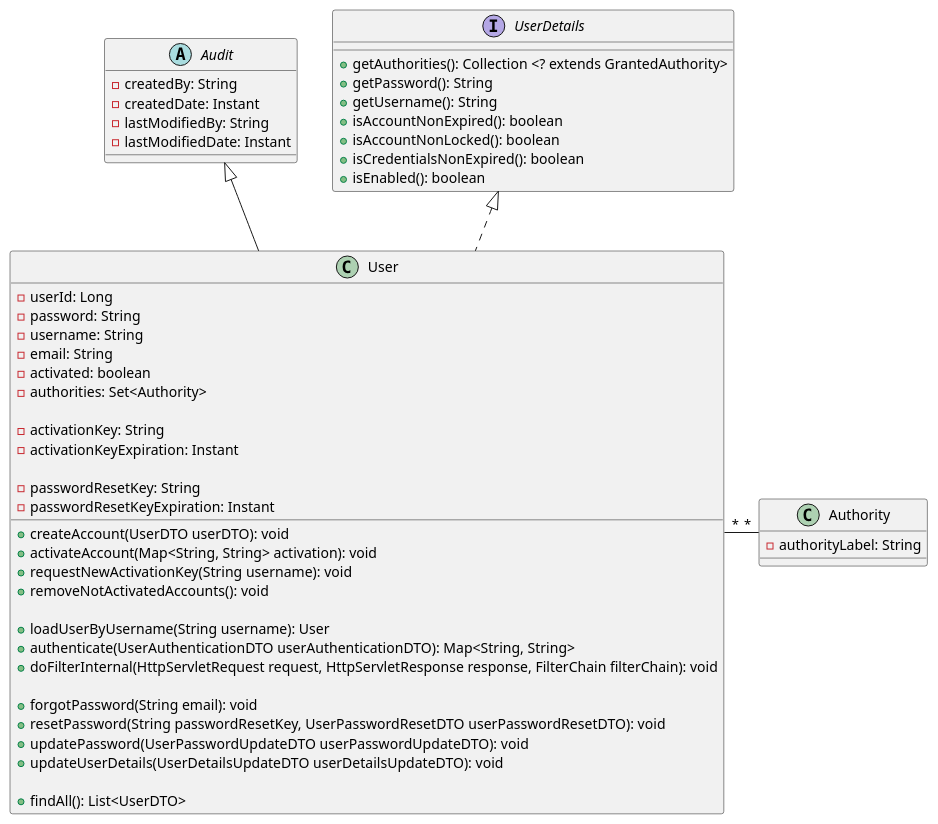
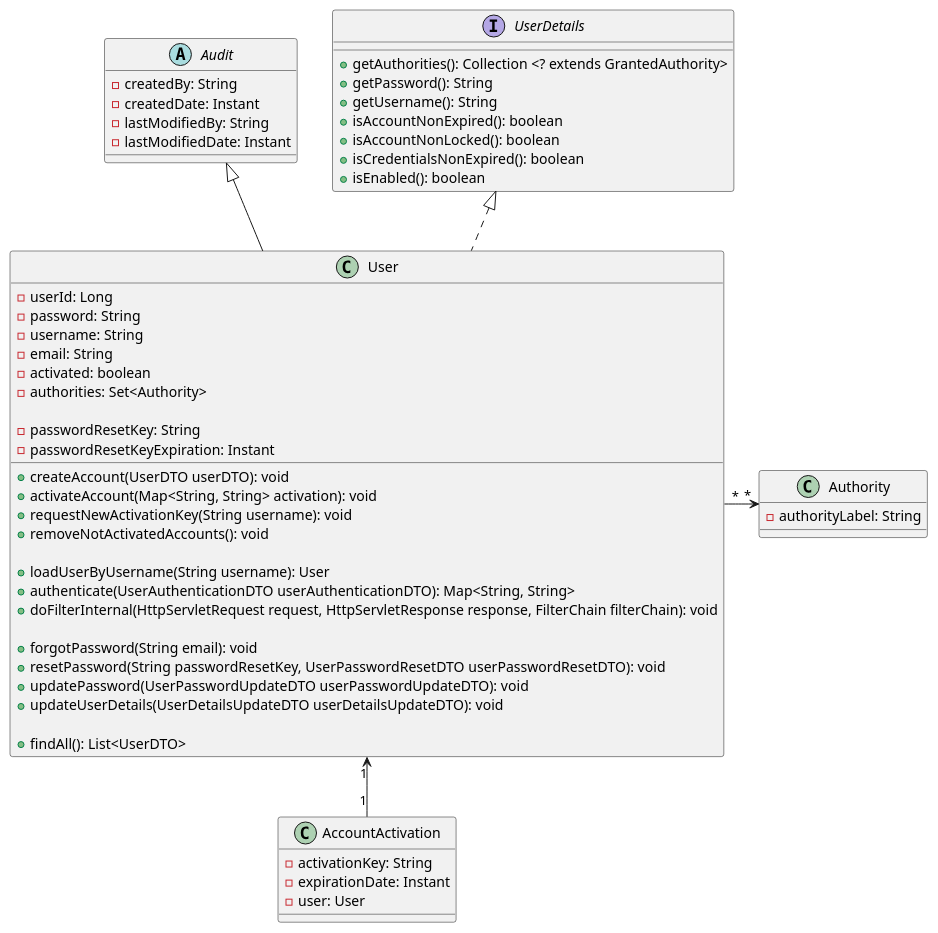
Before and after one commit to fatimabenzaoui/auth-springboot: the diagram in usecases-diagramclasses/diagram-class2.puml, drawn with PlantUML.

Commit message:
modif diagramme de classes 2 liée à l'externalisation de l'activation d'un compte utilisateur

```diff
--- a/usecases-diagramclasses/diagram-class2.puml
+++ b/usecases-diagramclasses/diagram-class2.puml
@@ -1,59 +1,63 @@
 @startuml shopclassdiagram
 
-User "*" -right- "*" Authority
+User "*" -right-> "*" Authority
+User "1" <-down- "1" AccountActivation
 
 abstract class Audit {
     - createdBy: String
     - createdDate: Instant
     - lastModifiedBy: String
     - lastModifiedDate: Instant
 }
 
 interface UserDetails {
     + getAuthorities(): Collection <? extends GrantedAuthority>
     + getPassword(): String
     + getUsername(): String
     + isAccountNonExpired(): boolean
     + isAccountNonLocked(): boolean
     + isCredentialsNonExpired(): boolean
     + isEnabled(): boolean
 }
 
 class User extends Audit
 class User implements UserDetails
 class User {
     - userId: Long
     - password: String
     - username: String  
     - email: String
     - activated: boolean
     - authorities: Set<Authority>
 
-    - activationKey: String
-    - activationKeyExpiration: Instant
-
     - passwordResetKey: String
     - passwordResetKeyExpiration: Instant
 
     + createAccount(UserDTO userDTO): void
     + activateAccount(Map<String, String> activation): void
     + requestNewActivationKey(String username): void
     + removeNotActivatedAccounts(): void
 
     + loadUserByUsername(String username): User
     + authenticate(UserAuthenticationDTO userAuthenticationDTO): Map<String, String>
     + doFilterInternal(HttpServletRequest request, HttpServletResponse response, FilterChain filterChain): void
 
     + forgotPassword(String email): void
     + resetPassword(String passwordResetKey, UserPasswordResetDTO userPasswordResetDTO): void
     + updatePassword(UserPasswordUpdateDTO userPasswordUpdateDTO): void
     + updateUserDetails(UserDetailsUpdateDTO userDetailsUpdateDTO): void
 
     + findAll(): List<UserDTO>
 }
 
 class Authority {
     - authorityLabel: String
 }
 
+class AccountActivation {
+    - activationKey: String
+    - expirationDate: Instant
+    - user: User
+}
+
 @enduml
```
